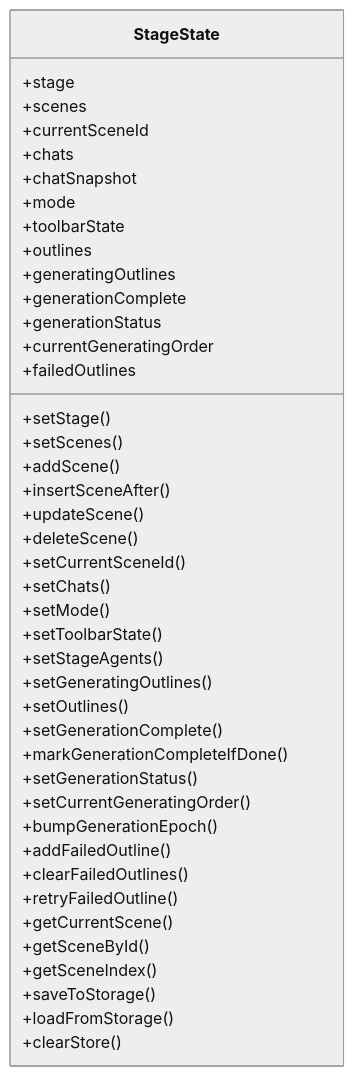
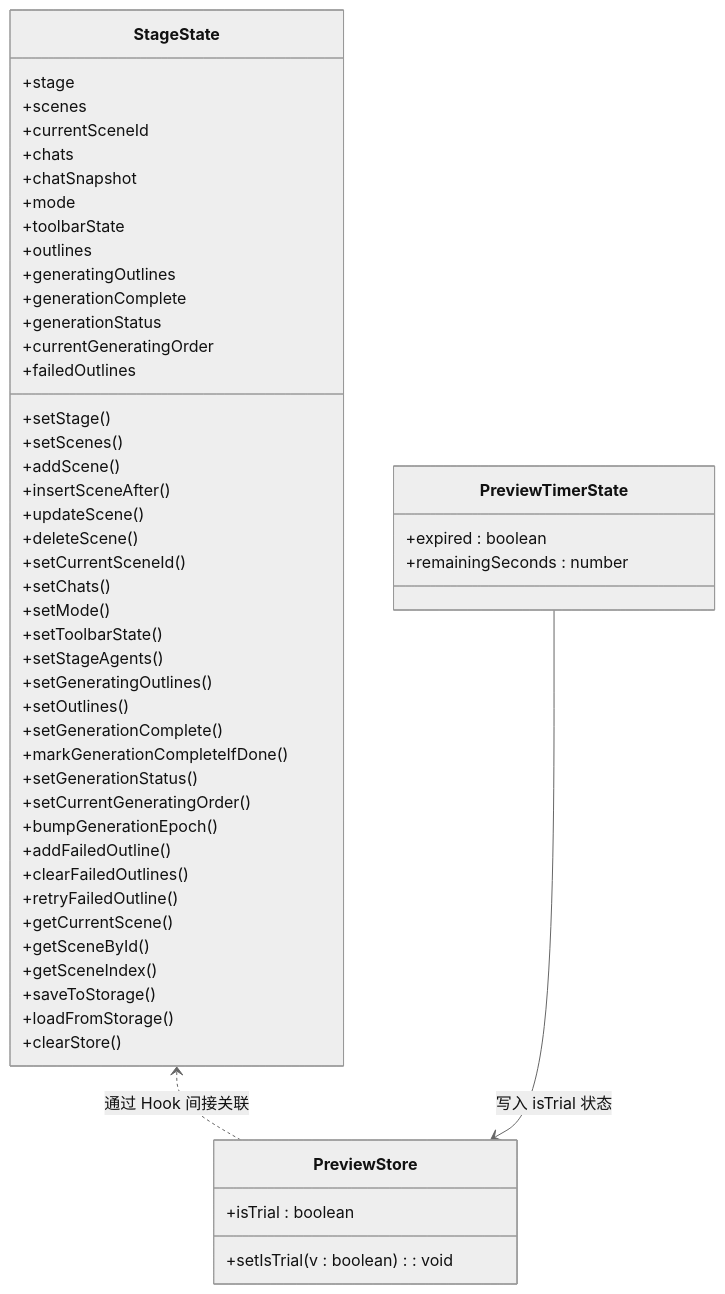
Before and after one commit to huangboheng/OpenMAIC: the second of 5 diagrams in .qoder/repowiki/zh/content/数据存储设计/Zustand 状态管理.md, drawn with Mermaid (neutral theme). The commit also changed other lines of this file and 41 other files, not shown here.

````diff
--- a/.qoder/repowiki/zh/content/数据存储设计/Zustand 状态管理.md
+++ b/.qoder/repowiki/zh/content/数据存储设计/Zustand 状态管理.md
@@ -97,45 +126,55 @@
 ```mermaid
 classDiagram
 class StageState {
 +stage
 +scenes
 +currentSceneId
 +chats
 +chatSnapshot
 +mode
 +toolbarState
 +outlines
 +generatingOutlines
 +generationComplete
 +generationStatus
 +currentGeneratingOrder
 +failedOutlines
 +setStage()
 +setScenes()
 +addScene()
 +insertSceneAfter()
 +updateScene()
 +deleteScene()
 +setCurrentSceneId()
 +setChats()
 +setMode()
 +setToolbarState()
 +setStageAgents()
 +setGeneratingOutlines()
 +setOutlines()
 +setGenerationComplete()
 +markGenerationCompleteIfDone()
 +setGenerationStatus()
 +setCurrentGeneratingOrder()
 +bumpGenerationEpoch()
 +addFailedOutline()
 +clearFailedOutlines()
 +retryFailedOutline()
 +getCurrentScene()
 +getSceneById()
 +getSceneIndex()
 +saveToStorage()
 +loadFromStorage()
 +clearStore()
 }
+class PreviewStore {
++isTrial : boolean
++setIsTrial(v : boolean) : void
+}
+class PreviewTimerState {
++expired : boolean
++remainingSeconds : number
+}
+StageState <.. PreviewStore : 通过 Hook 间接关联
+PreviewTimerState --> PreviewStore : 写入 isTrial 状态
 ```
````
